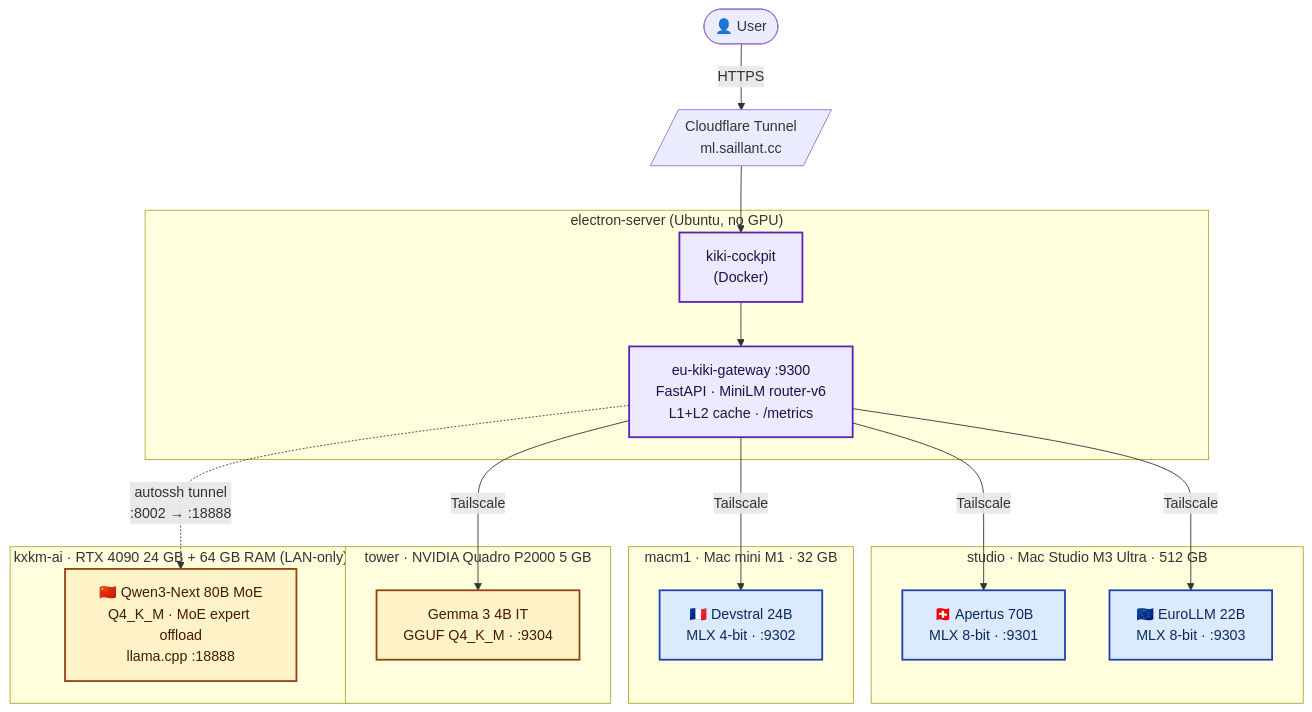
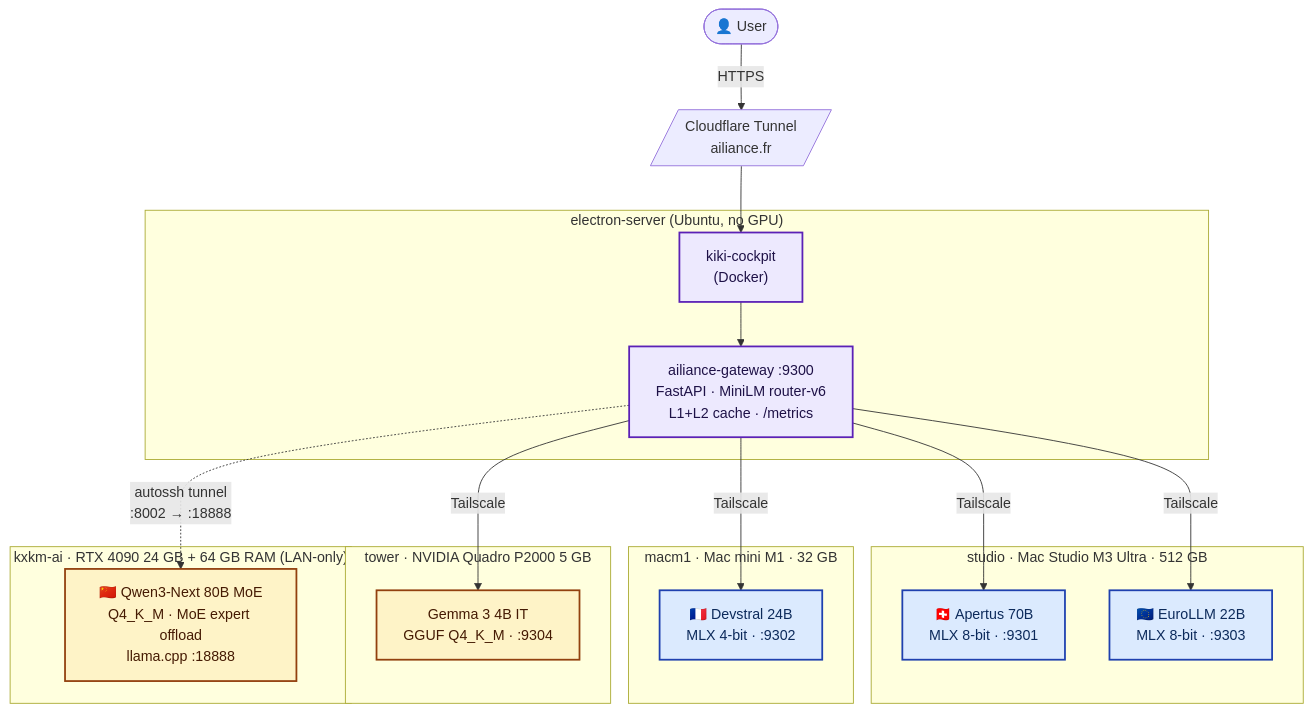
One commit to ailiance/ailiance changed the first of 6 diagrams in README.md. Above: the diagram before and after it, drawn with Mermaid. The commit also changed other lines of this file and 87 other files, not shown here.

First line of the commit message:
rebrand: eu-kiki to ailiance

````diff
--- a/README.md
+++ b/README.md
@@ -25,43 +25,43 @@
 ```mermaid
 flowchart TB
     user([👤 User])
-    cf[/"Cloudflare Tunnel<br/>ml.saillant.cc"/]
+    cf[/"Cloudflare Tunnel<br/>ailiance.fr"/]
 
     subgraph electron["electron-server (Ubuntu, no GPU)"]
         cockpit["kiki-cockpit<br/>(Docker)"]
-        gateway["eu-kiki-gateway :9300<br/>FastAPI · MiniLM router-v6<br/>L1+L2 cache · /metrics"]
+        gateway["ailiance-gateway :9300<br/>FastAPI · MiniLM router-v6<br/>L1+L2 cache · /metrics"]
         cockpit --> gateway
     end
 
     user -->|HTTPS| cf --> cockpit
 
     subgraph studio["studio · Mac Studio M3 Ultra · 512 GB"]
         apertus["🇨🇭 Apertus 70B<br/>MLX 8-bit · :9301"]
         eurollm["🇪🇺 EuroLLM 22B<br/>MLX 8-bit · :9303"]
     end
 
     subgraph macm1["macm1 · Mac mini M1 · 32 GB"]
         devstral["🇫🇷 Devstral 24B<br/>MLX 4-bit · :9302"]
     end
 
     subgraph tower["tower · NVIDIA Quadro P2000 5 GB"]
         gemma["Gemma 3 4B IT<br/>GGUF Q4_K_M · :9304"]
     end
 
     subgraph kxkm["kxkm-ai · RTX 4090 24 GB + 64 GB RAM (LAN-only)"]
         qwen["🇨🇳 Qwen3-Next 80B MoE<br/>Q4_K_M · MoE expert offload<br/>llama.cpp :18888"]
     end
 
     gateway -->|Tailscale| apertus
     gateway -->|Tailscale| devstral
     gateway -->|Tailscale| eurollm
     gateway -->|Tailscale| gemma
     gateway -.->|"autossh tunnel<br/>:8002 → :18888"| qwen
 
     classDef sov fill:#dbeafe,stroke:#1e40af,stroke-width:2px,color:#0c2a5b
     classDef ext fill:#fef3c7,stroke:#92400e,stroke-width:2px,color:#451a03
     classDef gw fill:#ede9fe,stroke:#5b21b6,stroke-width:2px,color:#1e1147
     class apertus,devstral,eurollm sov
     class gemma,qwen ext
     class gateway,cockpit gw
 ```
````
